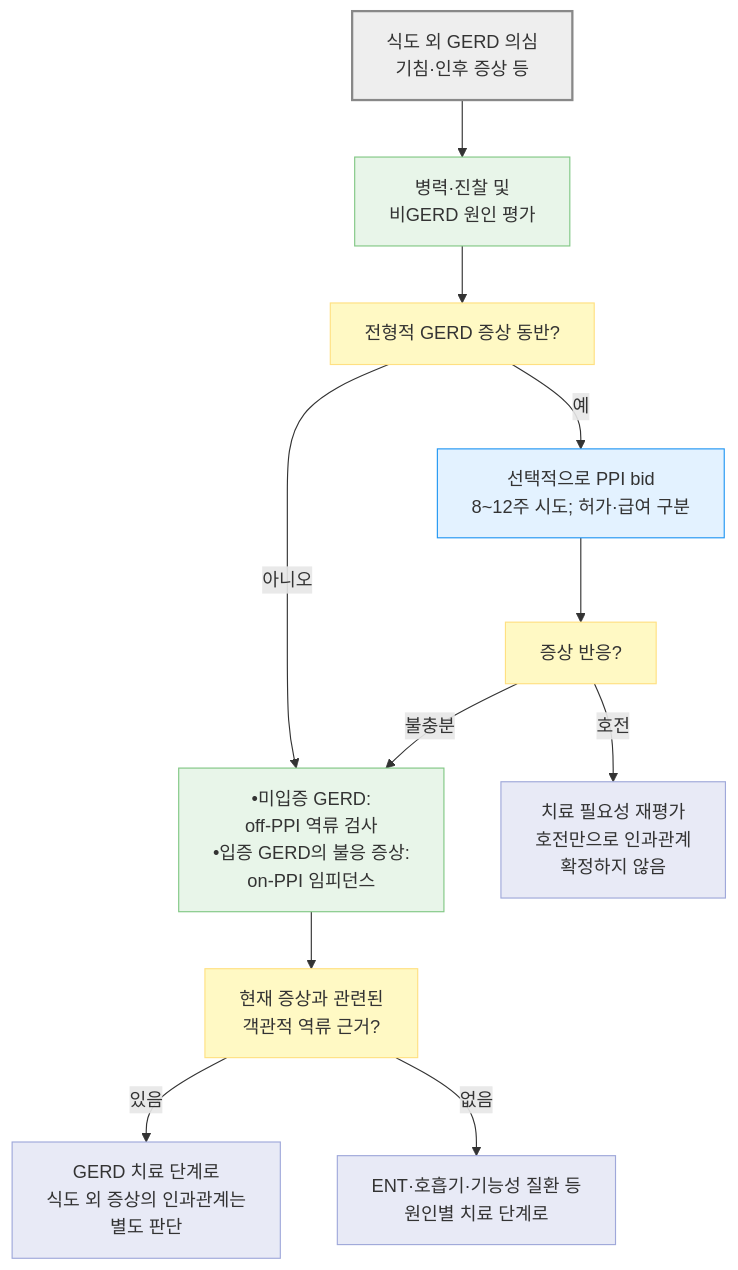
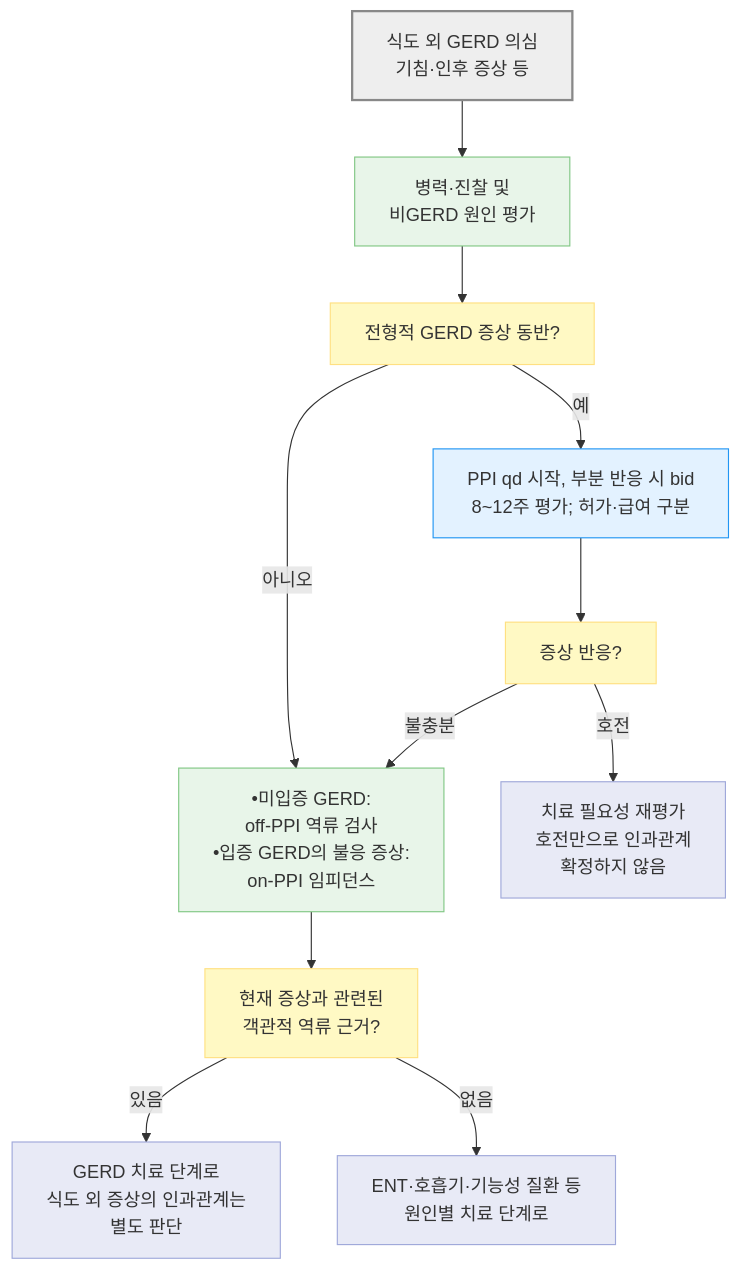
Before and after one commit to familyoh77/familyoh77: the second of 5 diagrams in 224_/081_-gerd.md, drawn with Mermaid. The commit also changed other lines of this file, not shown here.

````diff
--- a/224_/081_-gerd.md
+++ b/224_/081_-gerd.md
@@ -240,23 +236,23 @@
 ```mermaid
 flowchart TD
     A["식도 외 GERD 의심<br/>기침·인후 증상 등"] --> H["병력·진찰 및<br/>비GERD 원인 평가"]
     H --> T["전형적 GERD 증상 동반?"]
-    T -- "예" --> P["선택적으로 PPI bid<br/>8~12주 시도; 허가·급여 구분"]
+    T -- "예" --> P["PPI qd 시작, 부분 반응 시 bid<br/>8~12주 평가; 허가·급여 구분"]
     T -- "아니오" --> M["•미입증 GERD: <br/>off-PPI 역류 검사<br/>•입증 GERD의 불응 증상: <br/>on-PPI 임피던스"]
     P --> R["증상 반응?"]
     R -- "호전" --> G["치료 필요성 재평가<br/>호전만으로 인과관계 <br/>확정하지 않음"]
     R -- "불충분" --> M
     M --> MQ["현재 증상과 관련된<br/>객관적 역류 근거?"]
     MQ -- "있음" --> J["GERD 치료 단계로<br/>식도 외 증상의 인과관계는 <br/>별도 판단"]
     MQ -- "없음" --> O["ENT·호흡기·기능성 질환 등<br/>원인별 치료 단계로"]
     classDef neutral fill:#eeeeee,stroke:#888888,stroke-width:2px
     classDef question fill:#fff9c4,stroke:#ffe082
     classDef test fill:#e8f5e9,stroke:#81c784
     classDef treatment fill:#e3f2ff,stroke:#2196f3
     classDef next fill:#e8eaf6,stroke:#9fa8da
     class A neutral
     class T,R,MQ question
     class H,M test
     class P treatment
     class G,J,O next
 ```
````
